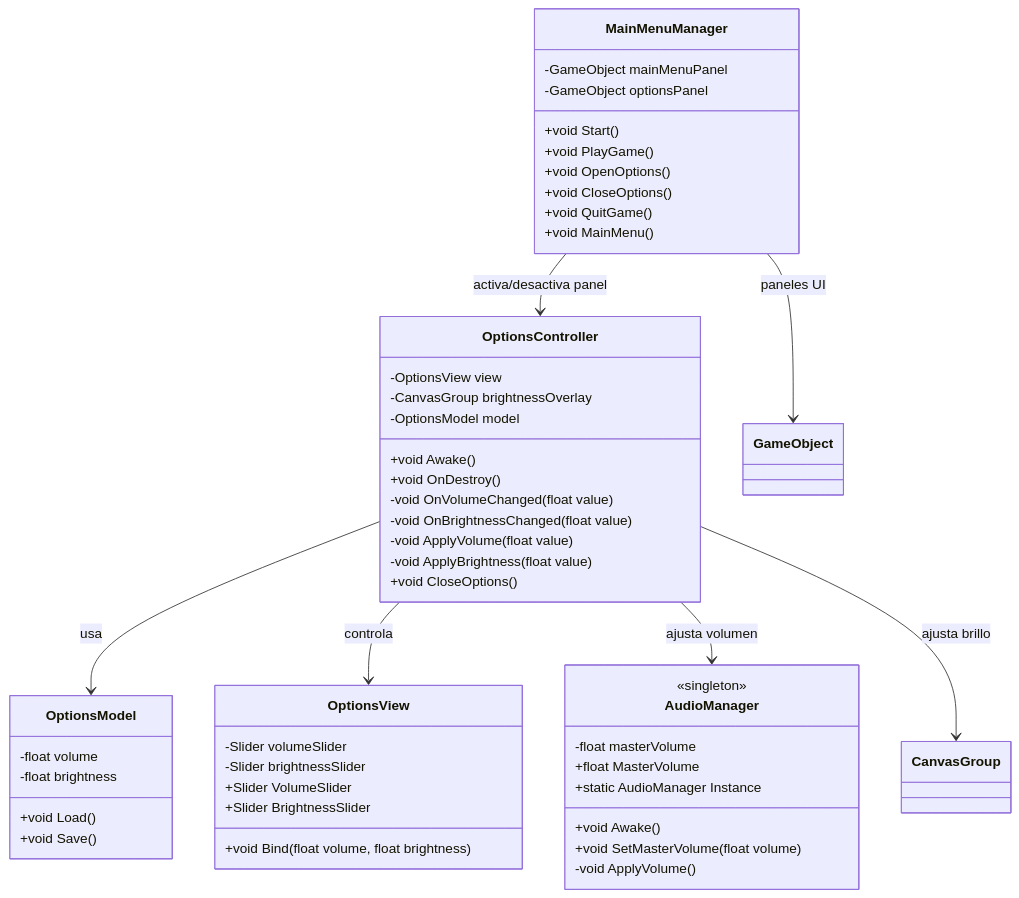
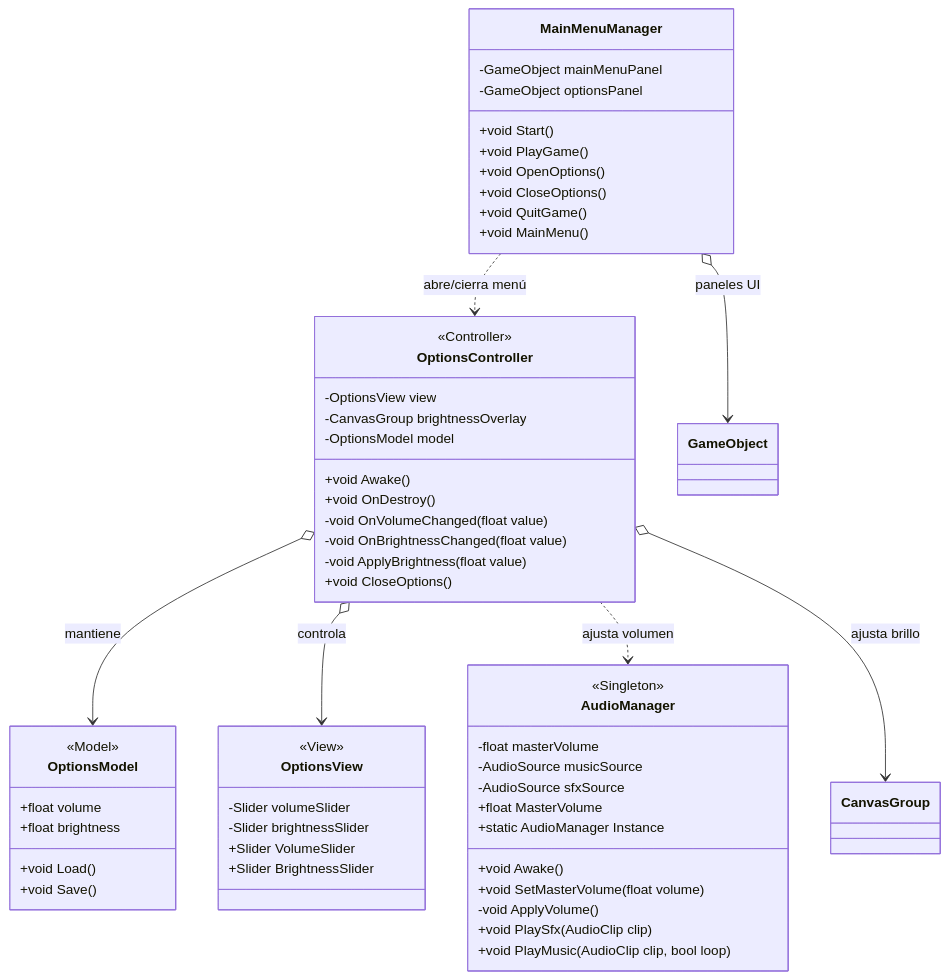
One commit to darwok/TheNewFrontier changed the first of 6 diagrams in README.md. Above: the diagram before and after it, drawn with Mermaid. The commit also changed other lines of this file, not shown here.

````diff
--- a/README.md
+++ b/README.md
@@ -18,58 +18,66 @@
 ```mermaid
 classDiagram
+direction TB
+
 class AudioManager {
-  <<singleton>>
+  <<Singleton>>
   -float masterVolume
+  -AudioSource musicSource
+  -AudioSource sfxSource
   +float MasterVolume
   +static AudioManager Instance
   +void Awake()
   +void SetMasterVolume(float volume)
   -void ApplyVolume()
+  +void PlaySfx(AudioClip clip)
+  +void PlayMusic(AudioClip clip, bool loop)
 }
 
 class OptionsModel {
-  -float volume
-  -float brightness
+  <<Model>>
+  +float volume
+  +float brightness
   +void Load()
   +void Save()
 }
 
 class OptionsView {
+  <<View>>
   -Slider volumeSlider
   -Slider brightnessSlider
   +Slider VolumeSlider
   +Slider BrightnessSlider
-  +void Bind(float volume, float brightness)
 }
 
 class OptionsController {
+  <<Controller>>
   -OptionsView view
   -CanvasGroup brightnessOverlay
   -OptionsModel model
   +void Awake()
   +void OnDestroy()
   -void OnVolumeChanged(float value)
   -void OnBrightnessChanged(float value)
-  -void ApplyVolume(float value)
   -void ApplyBrightness(float value)
   +void CloseOptions()
 }
 
 class MainMenuManager {
   -GameObject mainMenuPanel
   -GameObject optionsPanel
   +void Start()
   +void PlayGame()
   +void OpenOptions()
   +void CloseOptions()
   +void QuitGame()
   +void MainMenu()
 }
 
-OptionsController --> OptionsModel : usa
-OptionsController --> OptionsView : controla
-OptionsController --> AudioManager : ajusta volumen
-OptionsController --> CanvasGroup : ajusta brillo
-MainMenuManager --> OptionsController : activa/desactiva panel
-MainMenuManager --> GameObject : paneles UI
+OptionsController o--> OptionsModel : mantiene
+OptionsController o--> OptionsView : controla
+OptionsController ..> AudioManager : ajusta volumen
+OptionsController o--> CanvasGroup : ajusta brillo
+
+MainMenuManager ..> OptionsController : abre/cierra menú
+MainMenuManager o--> GameObject : paneles UI
 ```
````
